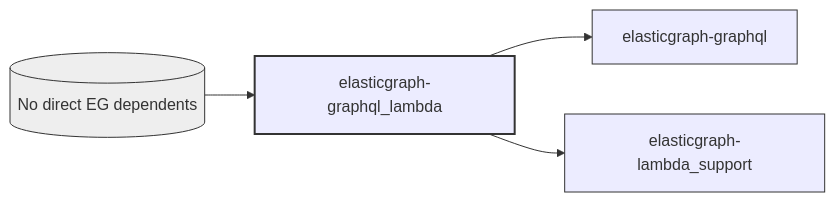
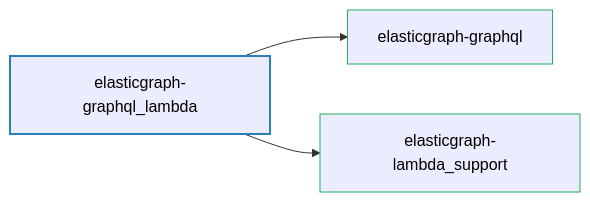
One commit to block/elasticgraph changed the diagram in elasticgraph-graphql_lambda/README.md. Above: the diagram before and after it, drawn with Mermaid. The commit also changed 21 other files, not shown here.

````diff
--- a/elasticgraph-graphql_lambda/README.md
+++ b/elasticgraph-graphql_lambda/README.md
@@ -7,14 +7,11 @@
 ```mermaid
 graph LR;
+    elasticgraph-graphql_lambda["elasticgraph-graphql_lambda"];
+    elasticgraph-graphql["elasticgraph-graphql"];
     elasticgraph-graphql_lambda --> elasticgraph-graphql;
+    elasticgraph-lambda_support["elasticgraph-lambda_support"];
     elasticgraph-graphql_lambda --> elasticgraph-lambda_support;
-    no_eg_dependents[(No direct EG dependents)] --> elasticgraph-graphql_lambda;
-    classDef currentGemStyle fill:#lightblue,stroke:#333,stroke-width:2px;
-    classDef internalEgGemStyle fill:#lightgreen,stroke:#333,stroke-width:1px;
-    classDef externalGemStyle fill:#lightcoral,stroke:#333,stroke-width:1px;
-    classDef placeholderNodeStyle fill:#eee,stroke:#333,stroke-width:1px;
-    class elasticgraph-graphql_lambda currentGemStyle;
-    class elasticgraph-graphql internalEgGemStyle;
-    class elasticgraph-lambda_support internalEgGemStyle;
-    class no_eg_dependents placeholderNodeStyle;
+    style elasticgraph-graphql_lambda fill:#lightblue,stroke:#2980b9,stroke-width:2px,color:#000;
+    style elasticgraph-graphql fill:#lightgreen,stroke:#27ae60,stroke-width:1px,color:#000;
+    style elasticgraph-lambda_support fill:#lightgreen,stroke:#27ae60,stroke-width:1px,color:#000;
 ```
````
